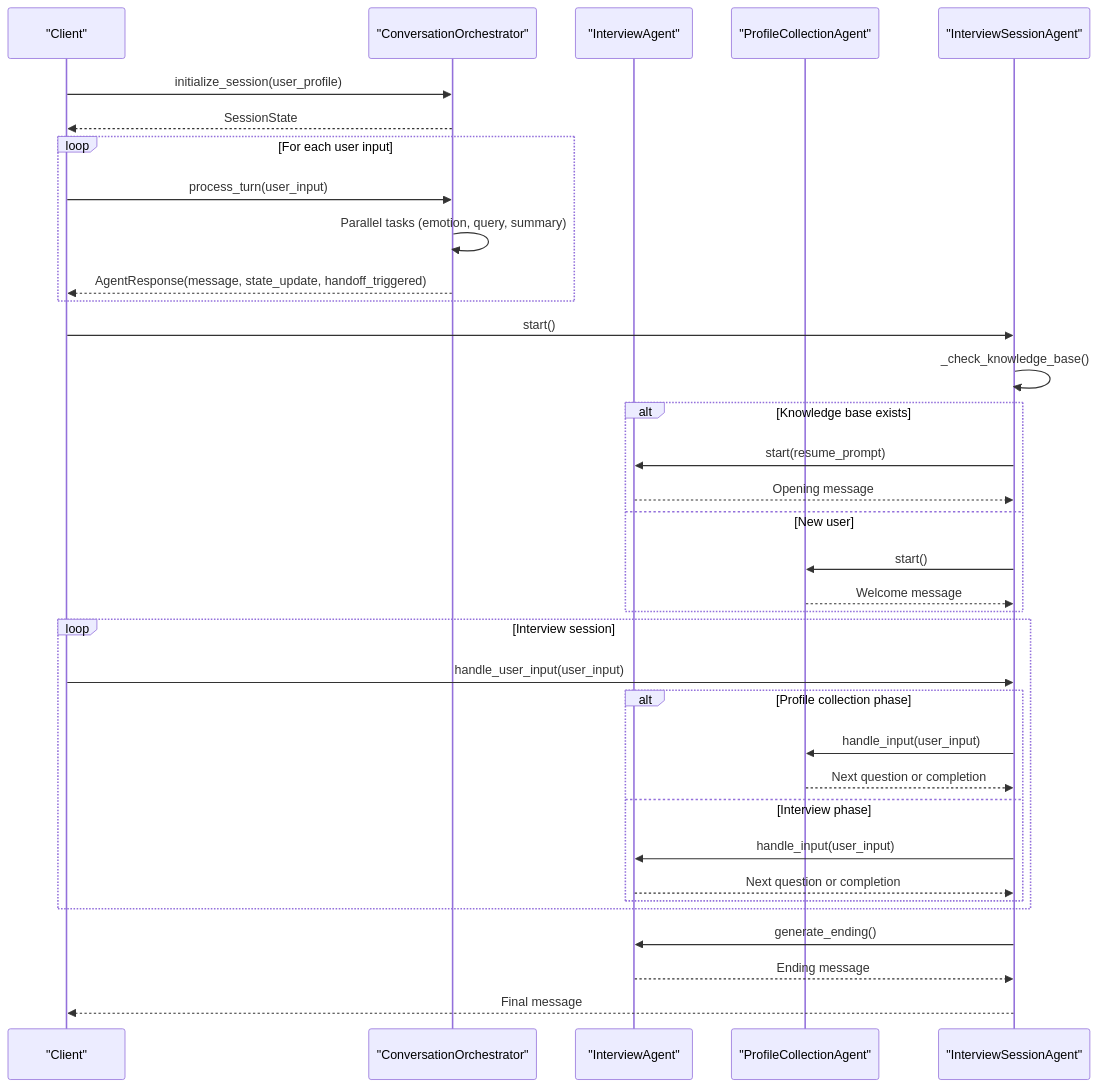
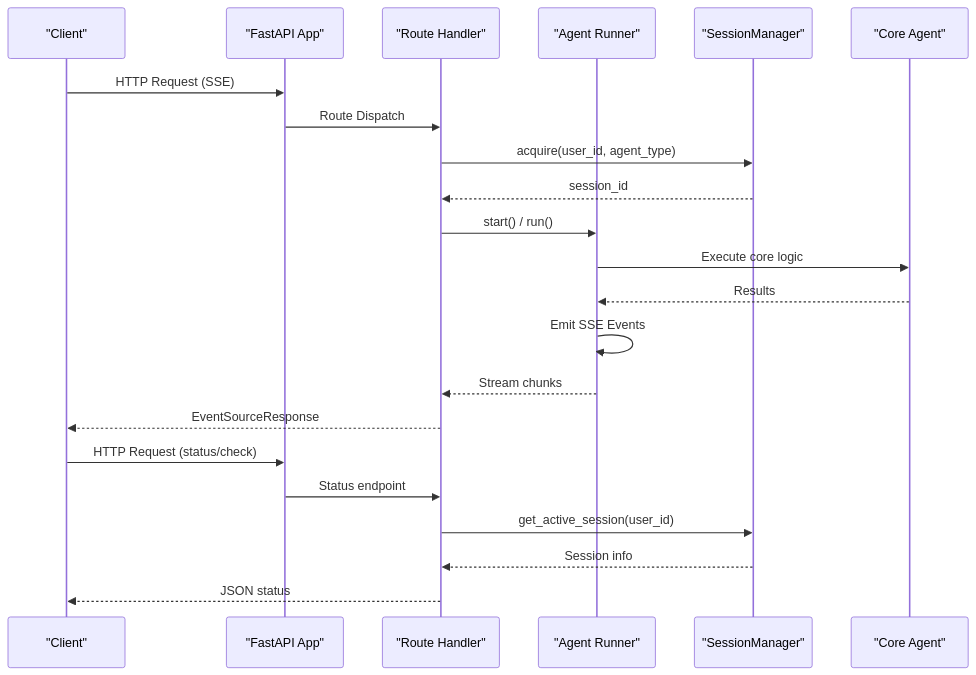
The second of 7 diagrams in .qoder/repowiki/en/content/Core Components/Core Components.md (WangYiKai1017/zizuan), drawn with Mermaid before and after one commit. The commit also changed other lines of this file and 31 other files, not shown here.

Commit message:
refactor: 采访Agent系统重构 - 移除时间限制，改为前端显式结束信号 - 动态称呼（根据年龄/姓名/性别推断） - 话题深度评估与自动换题（8轮阈值） - 会话归档 + 下次采访建议问题生成 - 会话恢复加载上次上下文和候选问题 - user.md + summary_index.md 基础设施 - Wiki链接路径规范化 - KB查询优化（7次迭代限制、摘要目录优先、模糊缓存、/biography排除） - 53项单元测试全部通过

````diff
--- a/.qoder/repowiki/en/content/Core Components/Core Components.md
+++ b/.qoder/repowiki/en/content/Core Components/Core Components.md
@@ -147,37 +189,24 @@
 ```mermaid
 sequenceDiagram
 participant Client as "Client"
-participant CO as "ConversationOrchestrator"
-participant IA as "InterviewAgent"
-participant PCA as "ProfileCollectionAgent"
-participant ISA as "InterviewSessionAgent"
-Client->>CO : initialize_session(user_profile)
-CO-->>Client : SessionState
-loop For each user input
-Client->>CO : process_turn(user_input)
-CO->>CO : Parallel tasks (emotion, query, summary)
-CO-->>Client : AgentResponse(message, state_update, handoff_triggered)
-end
-Client->>ISA : start()
-ISA->>ISA : _check_knowledge_base()
-alt Knowledge base exists
-ISA->>IA : start(resume_prompt)
-IA-->>ISA : Opening message
-else New user
-ISA->>PCA : start()
-PCA-->>ISA : Welcome message
-end
-loop Interview session
-Client->>ISA : handle_user_input(user_input)
-alt Profile collection phase
-ISA->>PCA : handle_input(user_input)
-PCA-->>ISA : Next question or completion
-else Interview phase
-ISA->>IA : handle_input(user_input)
-IA-->>ISA : Next question or completion
-end
-end
-ISA->>IA : generate_ending()
-IA-->>ISA : Ending message
-ISA-->>Client : Final message
+participant API as "FastAPI App"
+participant Router as "Route Handler"
+participant Runner as "Agent Runner"
+participant SM as "SessionManager"
+participant Agent as "Core Agent"
+Client->>API : HTTP Request (SSE)
+API->>Router : Route Dispatch
+Router->>SM : acquire(user_id, agent_type)
+SM-->>Router : session_id
+Router->>Runner : start() / run()
+Runner->>Agent : Execute core logic
+Agent-->>Runner : Results
+Runner->>Runner : Emit SSE Events
+Runner-->>Router : Stream chunks
+Router-->>Client : EventSourceResponse
+Client->>API : HTTP Request (status/check)
+API->>Router : Status endpoint
+Router->>SM : get_active_session(user_id)
+SM-->>Router : Session info
+Router-->>Client : JSON status
 ```
````
